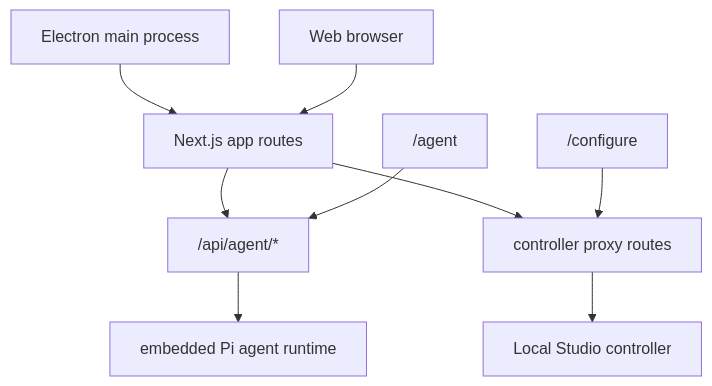
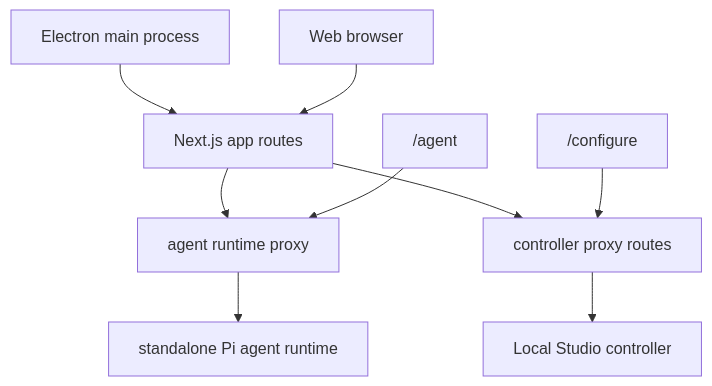
The diagram in frontend/README.md (0xSero/vllm-studio), drawn with Mermaid before and after one commit. The commit also changed other lines of this file and 28 other files, not shown here.

Commit message:
refactor(agent): make runtime sidecar canonical

````diff
--- a/frontend/README.md
+++ b/frontend/README.md
@@ -22,11 +22,11 @@
 ```mermaid
 flowchart TB
     Desktop["Electron main process"] --> Routes["Next.js app routes"]
     Browser["Web browser"] --> Routes
-    Routes --> AgentApi["/api/agent/*"]
+    Routes --> AgentApi["agent runtime proxy"]
     Routes --> ControllerApi["controller proxy routes"]
-    AgentApi --> Pi["embedded Pi agent runtime"]
+    AgentApi --> Pi["standalone Pi agent runtime"]
     ControllerApi --> Controller["Local Studio controller"]
     Configure["/configure"] --> ControllerApi
     Workbench["/agent"] --> AgentApi
 ```
````
